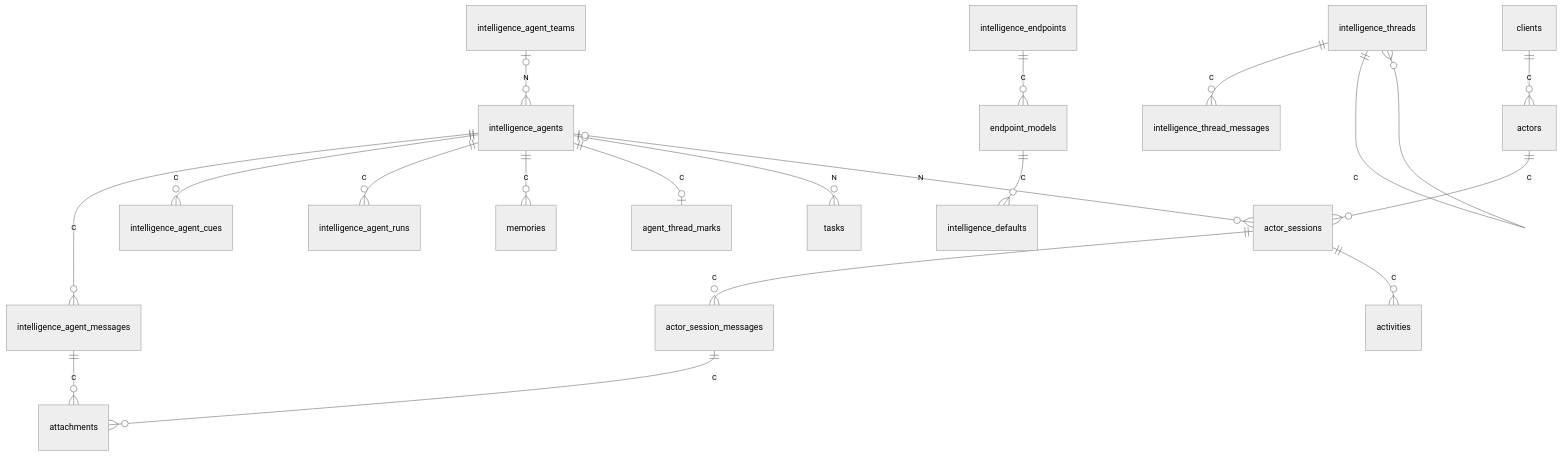
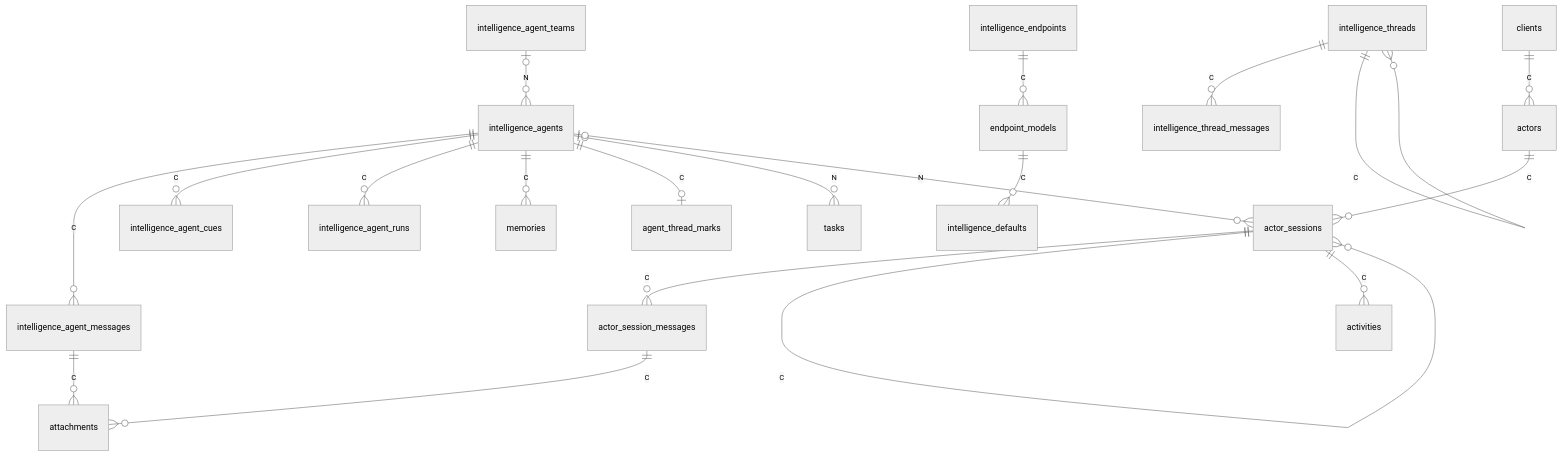
One commit to cohesionhq/cohesion changed the seventh of 10 diagrams in docs/architecture.md. Above: the diagram before and after it, drawn with Mermaid (neutral theme). The commit also changed other lines of this file and 28 other files, not shown here.

````diff
--- a/docs/architecture.md
+++ b/docs/architecture.md
@@ -886,21 +888,22 @@
 ```mermaid
 erDiagram
   intelligence_agent_teams |o--o{ intelligence_agents : N
   intelligence_agents ||--o{ intelligence_agent_messages : C
   intelligence_agents ||--o{ intelligence_agent_cues : C
   intelligence_agents ||--o{ intelligence_agent_runs : C
   intelligence_agents ||--o{ memories : C
   intelligence_agents ||--o| agent_thread_marks : C
   intelligence_agents |o--o{ tasks : N
   intelligence_threads ||--o{ intelligence_thread_messages : C
   intelligence_threads ||--o{ intelligence_threads : C
   intelligence_agent_messages ||--o{ attachments : C
   clients ||--o{ actors : C
   actors ||--o{ actor_sessions : C
   actor_sessions ||--o{ actor_session_messages : C
+  actor_sessions ||--o{ actor_sessions : C
   actor_session_messages ||--o{ attachments : C
   actor_sessions ||--o{ activities : C
   intelligence_agents |o--o{ actor_sessions : N
   intelligence_endpoints ||--o{ endpoint_models : C
   endpoint_models ||--o{ intelligence_defaults : C
 ```
````
